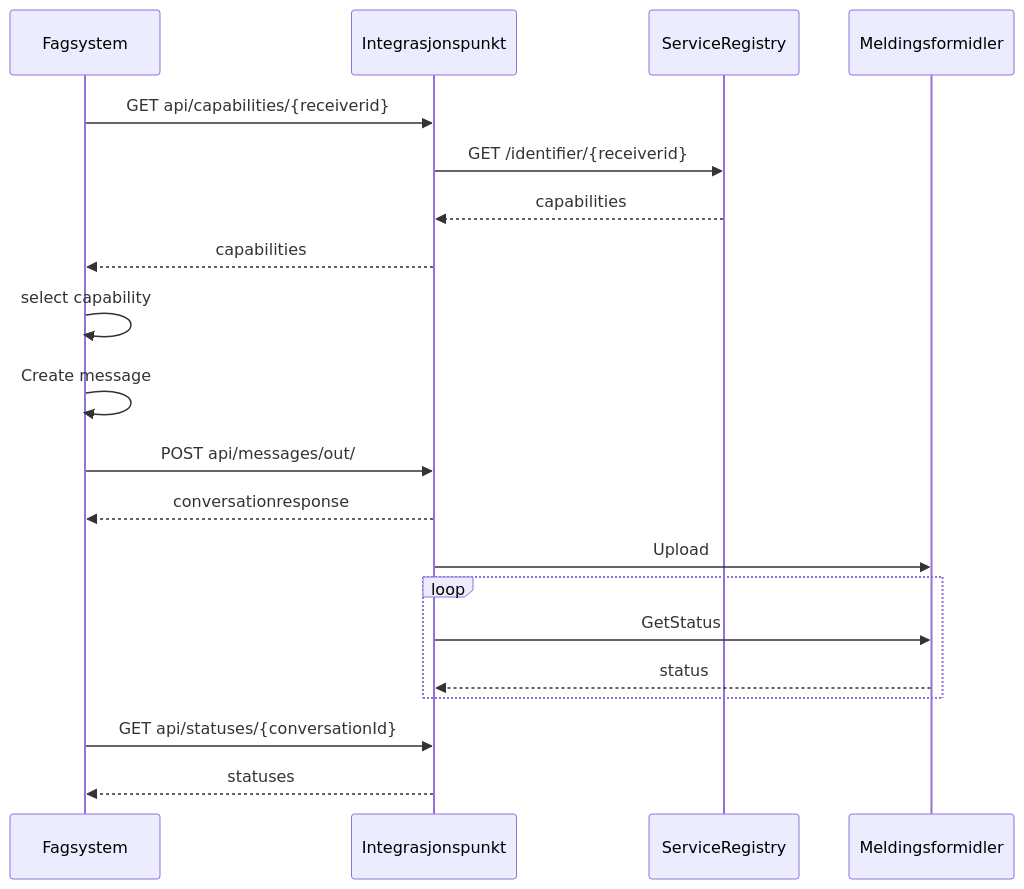
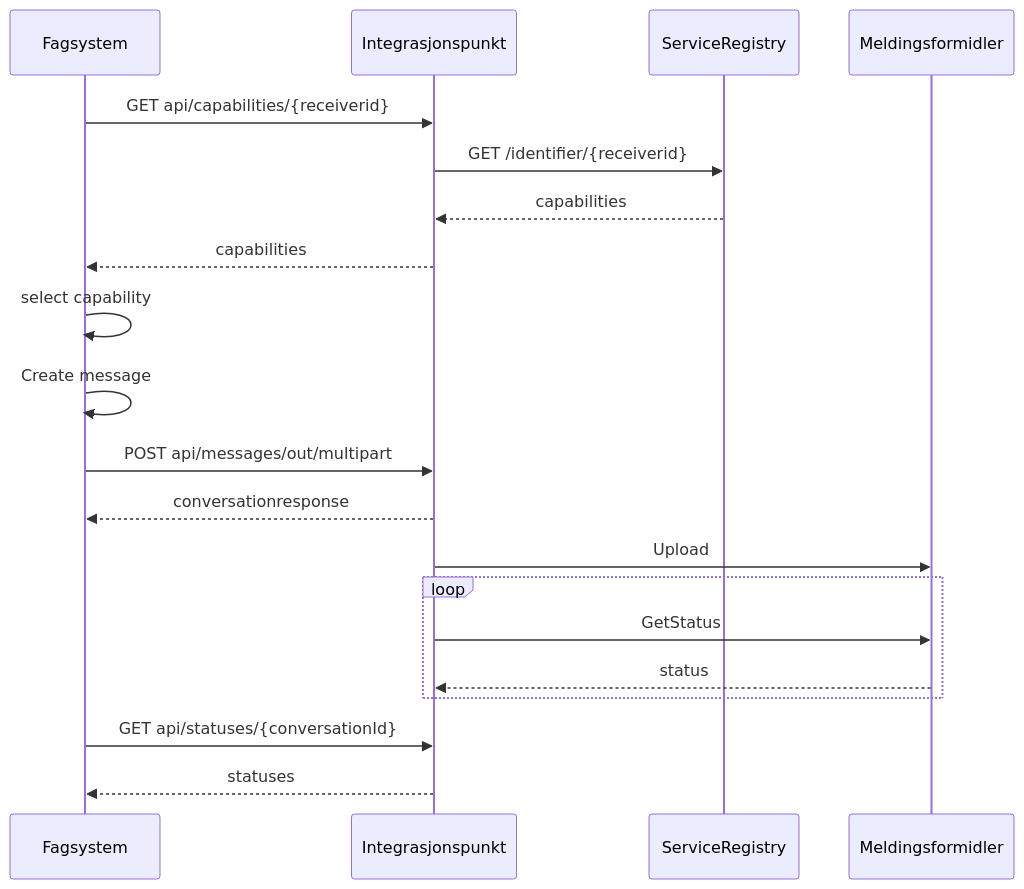
Before and after one commit to felleslosninger/docs: the first of 3 diagrams in _docs/eFormidling/Teknisk_informasjon/meldingsflyt.md, drawn with Mermaid.

```diff
--- a/_docs/eFormidling/Teknisk_informasjon/meldingsflyt.md
+++ b/_docs/eFormidling/Teknisk_informasjon/meldingsflyt.md
@@ -22,28 +22,28 @@
 <div class="mermaid">
 
 sequenceDiagram
     participant fs as Fagsystem
     participant ip as Integrasjonspunkt
     participant sr as ServiceRegistry
     participant mf  as Meldingsformidler
 
     
     fs->>ip: GET api/capabilities/{receiverid}
     ip->>sr: GET /identifier/{receiverid}
     sr-->>ip: capabilities
     ip-->>fs: capabilities
     fs->>fs: select capability  
 
     fs->>fs: Create message   
-    fs->>ip: POST api/messages/out/
+    fs->>ip: POST api/messages/out/multipart
     ip-->>fs: conversationresponse
     
     ip->>mf: Upload
     loop 
         ip->>mf: GetStatus
         mf-->>ip: status
     end
     fs->>ip: GET api/statuses/{conversationId}
     ip-->>fs: statuses
 
 </div>
```
